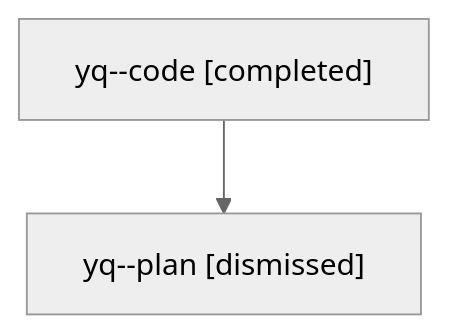
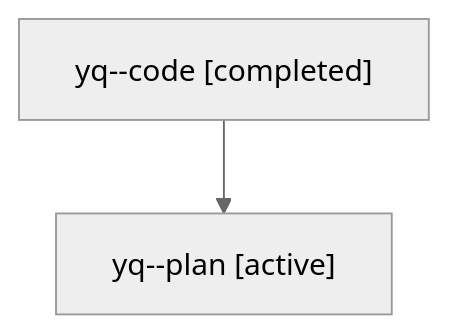
One commit to sase-org/sase--agents changed the diagram in families/bbugyi200.athena.yq.md. Above: the diagram before and after it, drawn with Mermaid (neutral theme). The commit also changed other lines of this file and 35830 other files, not shown here.

````diff
--- a/families/bbugyi200.athena.yq.md
+++ b/families/bbugyi200.athena.yq.md
@@ -9,6 +9,6 @@
 ```mermaid
 flowchart TD
   n0["yq--code [completed]"]
-  n1["yq--plan [dismissed]"]
+  n1["yq--plan [active]"]
   n0 --> n1
 ```
````
